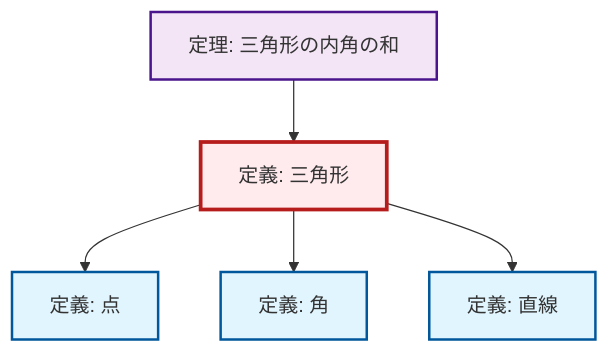
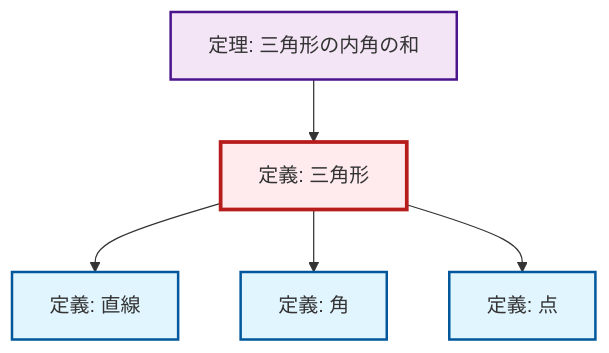
The diagram in content/ja/geometry/def-triangle.qmd (RK0429/ModernMath), drawn with Mermaid before and after one commit. The commit also changed other lines of this file and 1012 other files, not shown here.

````diff
--- a/content/ja/geometry/def-triangle.qmd
+++ b/content/ja/geometry/def-triangle.qmd
@@ -60,23 +60,23 @@
 ```{mermaid}
 %%| fig-cap: "Local dependency graph"
 graph TD
     classDef definition fill:#e1f5fe,stroke:#01579b,stroke-width:2px
     classDef theorem fill:#f3e5f5,stroke:#4a148c,stroke-width:2px
     classDef axiom fill:#fff3e0,stroke:#e65100,stroke-width:2px
     classDef example fill:#e8f5e9,stroke:#1b5e20,stroke-width:2px
     classDef current fill:#ffebee,stroke:#b71c1c,stroke-width:3px
-    def-line["定義: 直線"]:::definition
     def-triangle["定義: 三角形"]:::definition
-    def-point["定義: 点"]:::definition
     def-angle["定義: 角"]:::definition
     thm-angle-sum-triangle["定理: 三角形の内角の和"]:::theorem
+    def-line["定義: 直線"]:::definition
+    def-point["定義: 点"]:::definition
+    def-triangle --> def-line
     thm-angle-sum-triangle --> def-triangle
+    def-triangle --> def-angle
     def-triangle --> def-point
-    def-triangle --> def-angle
-    def-triangle --> def-line
     class def-triangle current
+    click def-angle "def-angle.html" "角の定義へ"
+    click thm-angle-sum-triangle "thm-angle-sum-triangle.html" "三角形の内角の和の定理へ"
     click def-line "def-line.html" "直線の定義へ"
     click def-point "def-point.html" "点の定義へ"
-    click def-angle "def-angle.html" "角の定義へ"
-    click thm-angle-sum-triangle "thm-angle-sum-triangle.html" "三角形の内角の和の定理へ"
 ```
````
